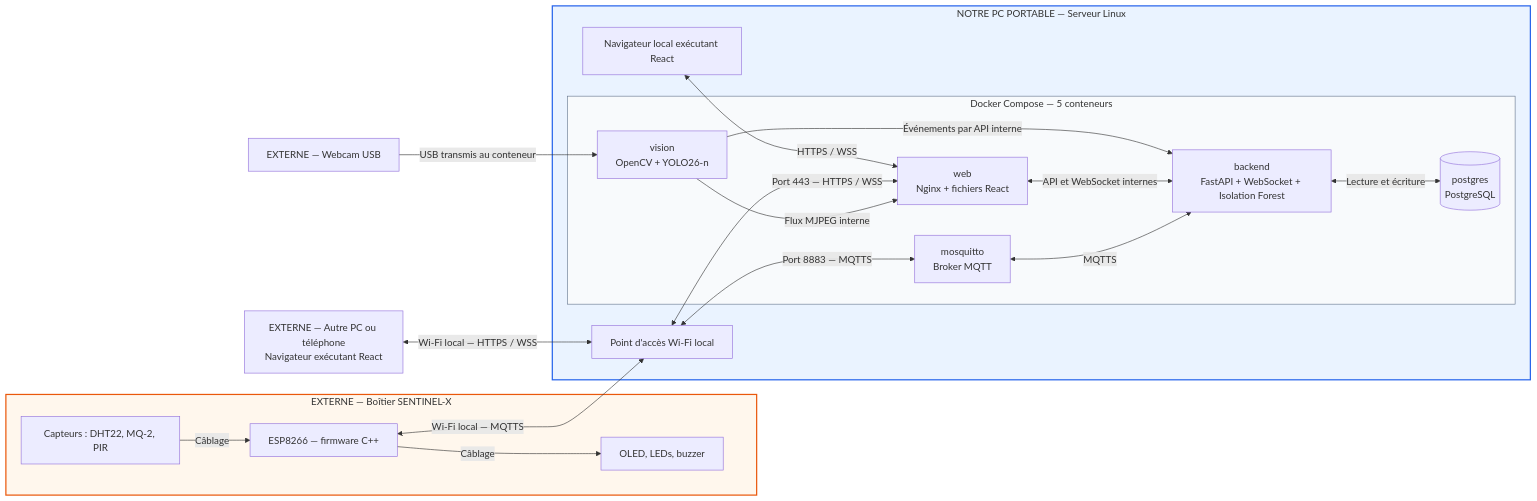
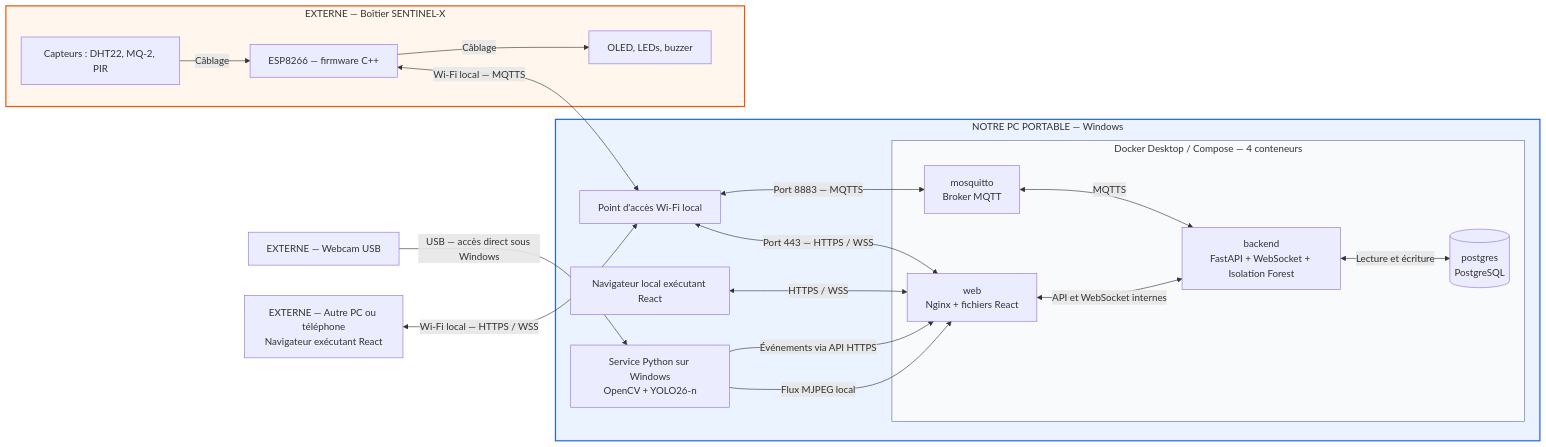
One commit to nolbert82/workshop-frontier-defense changed the diagram in SPECIFICATIONS.md. Above: the diagram before and after it, drawn with Mermaid. The commit also changed other lines of this file, not shown here.

Commit message:
changé linux en windows

````diff
--- a/SPECIFICATIONS.md
+++ b/SPECIFICATIONS.md
@@ -36,41 +36,41 @@
 ```mermaid
 flowchart LR
     subgraph BOITIER["EXTERNE — Boîtier SENTINEL-X"]
         C["Capteurs : DHT22, MQ-2, PIR"] -->|Câblage| E["ESP8266 — firmware C++"]
         E -->|Câblage| A["OLED, LEDs, buzzer"]
     end
 
     CAM["EXTERNE — Webcam USB"]
     U["EXTERNE — Autre PC ou téléphone<br/>Navigateur exécutant React"]
 
-    subgraph PC["NOTRE PC PORTABLE — Serveur Linux"]
+    subgraph PC["NOTRE PC PORTABLE — Windows"]
         WIFI["Point d'accès Wi-Fi local"]
         LOCAL["Navigateur local exécutant React"]
+        V["Service Python sur Windows<br/>OpenCV + YOLO26-n"]
 
-        subgraph DOCKER["Docker Compose — 5 conteneurs"]
+        subgraph DOCKER["Docker Desktop / Compose — 4 conteneurs"]
             M["mosquitto<br/>Broker MQTT"]
             B["backend<br/>FastAPI + WebSocket + Isolation Forest"]
             P[("postgres<br/>PostgreSQL")]
             W["web<br/>Nginx + fichiers React"]
-            V["vision<br/>OpenCV + YOLO26-n"]
 
             M <-->|MQTTS| B
             B <-->|Lecture et écriture| P
             W <-->|API et WebSocket internes| B
-            V -->|Événements par API interne| B
-            V -->|Flux MJPEG interne| W
         end
 
+        V -->|Événements via API HTTPS| W
+        V -->|Flux MJPEG local| W
         WIFI <-->|Port 8883 — MQTTS| M
         WIFI <-->|Port 443 — HTTPS / WSS| W
         LOCAL <-->|HTTPS / WSS| W
     end
 
     E <-->|Wi-Fi local — MQTTS| WIFI
     U <-->|Wi-Fi local — HTTPS / WSS| WIFI
-    CAM -->|USB transmis au conteneur| V
+    CAM -->|USB — accès direct sous Windows| V
 
     style PC fill:#eaf3ff,stroke:#2563eb,stroke-width:2px
     style DOCKER fill:#f8fafc,stroke:#64748b
     style BOITIER fill:#fff7ed,stroke:#ea580c,stroke-width:2px
 ```
````
